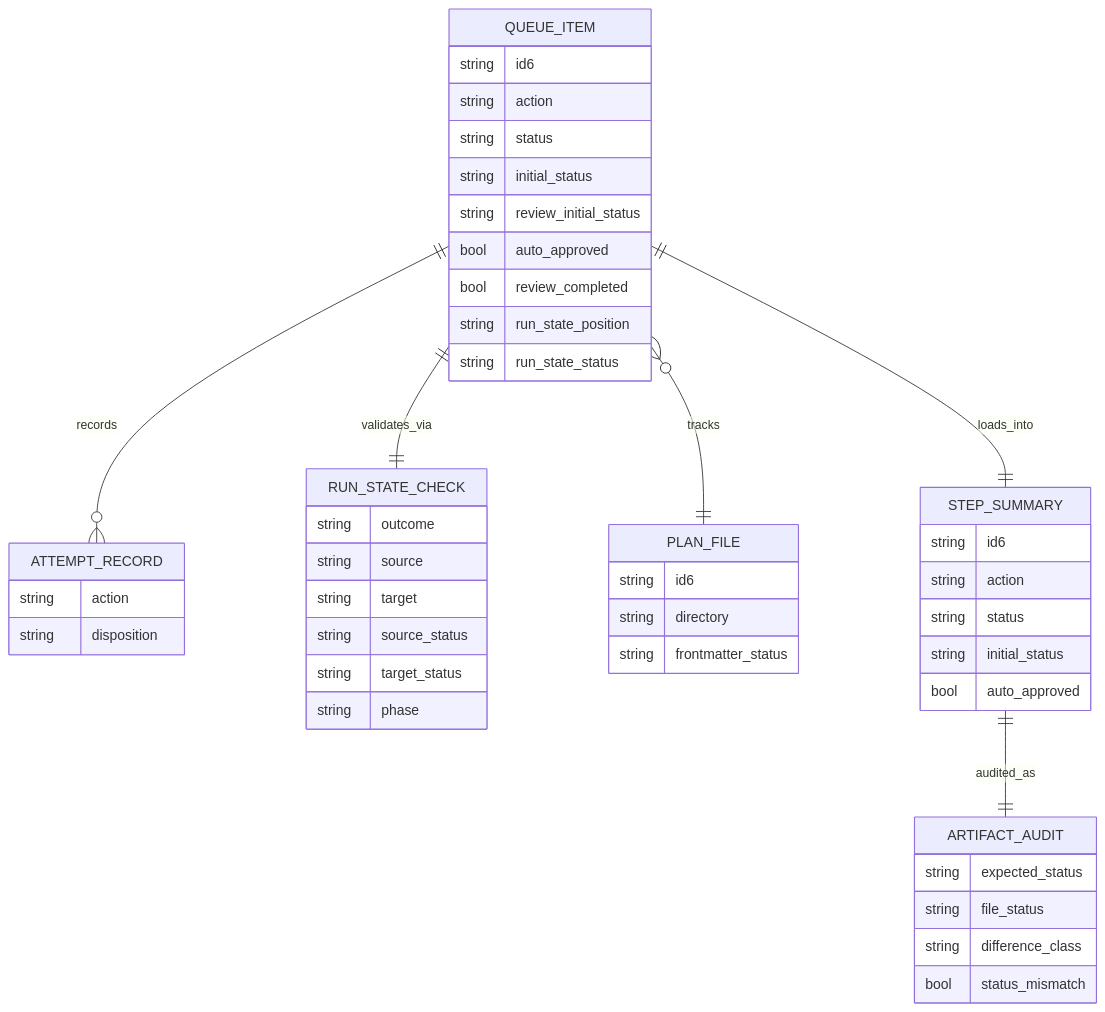
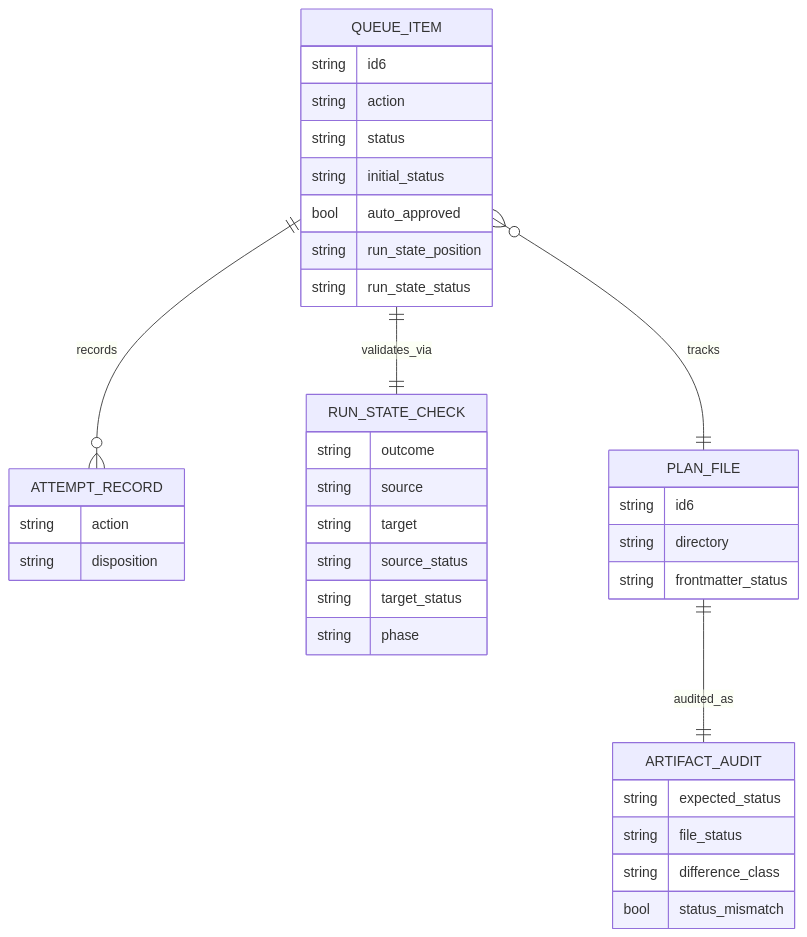
One commit to fariello/agent-workflows changed the first of 2 diagrams in .aw/records/plans/pending/20261121-b0en28-01-feol8w-preserve-completed-review-phase-across-full-auto-approval-an.ipd.md. Above: the diagram before and after it, drawn with Mermaid. The commit also changed other lines of this file and 1 other file, not shown here.

First line of the commit message:
plan-review: harden feol8w (revisions applied)

````diff
--- a/.aw/records/plans/pending/20261121-b0en28-01-feol8w-preserve-completed-review-phase-across-full-auto-approval-an.ipd.md
+++ b/.aw/records/plans/pending/20261121-b0en28-01-feol8w-preserve-completed-review-phase-across-full-auto-approval-an.ipd.md
@@ -93,50 +125,40 @@
 ```mermaid
 erDiagram
     QUEUE_ITEM {
         string id6
         string action
         string status
         string initial_status
-        string review_initial_status
         bool auto_approved
-        bool review_completed
         string run_state_position
         string run_state_status
     }
     ATTEMPT_RECORD {
         string action
         string disposition
     }
     RUN_STATE_CHECK {
         string outcome
         string source
         string target
         string source_status
         string target_status
         string phase
     }
     PLAN_FILE {
         string id6
         string directory
         string frontmatter_status
     }
-    STEP_SUMMARY {
-        string id6
-        string action
-        string status
-        string initial_status
-        bool auto_approved
-    }
     ARTIFACT_AUDIT {
         string expected_status
         string file_status
         string difference_class
         bool status_mismatch
     }
 
     QUEUE_ITEM ||--o{ ATTEMPT_RECORD : records
     QUEUE_ITEM ||--|| RUN_STATE_CHECK : validates_via
     QUEUE_ITEM }o--|| PLAN_FILE : tracks
-    QUEUE_ITEM ||--|| STEP_SUMMARY : loads_into
-    STEP_SUMMARY ||--|| ARTIFACT_AUDIT : audited_as
+    PLAN_FILE ||--|| ARTIFACT_AUDIT : audited_as
 ```
````
